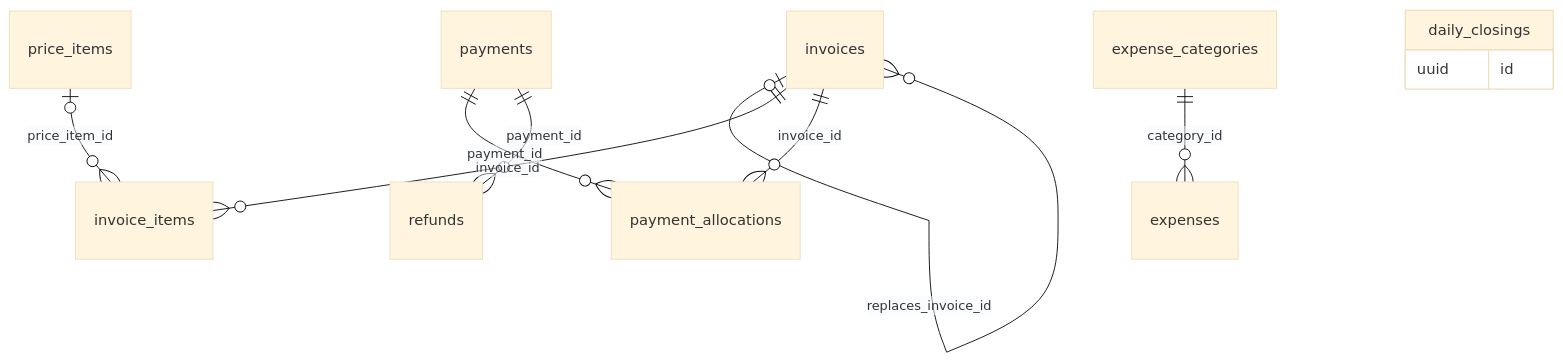
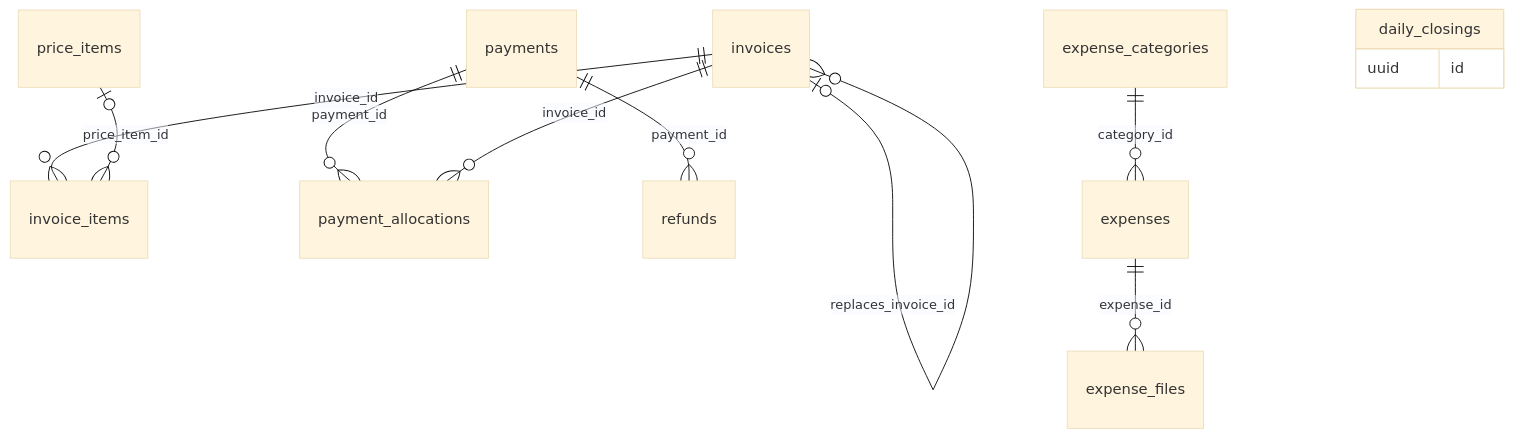
Before and after one commit to sakalyatechnologies/aarogyam: the ninth of 13 diagrams in docs/database.md, drawn with Mermaid (base theme). The commit also changed other lines of this file and 40 other files, not shown here.

````diff
--- a/docs/database.md
+++ b/docs/database.md
@@ -2406,13 +2406,14 @@
 ```mermaid
 erDiagram
   invoices |o--o{ invoices : "replaces_invoice_id"
   invoices ||--o{ invoice_items : "invoice_id"
   price_items |o--o{ invoice_items : "price_item_id"
   payments ||--o{ payment_allocations : "payment_id"
   invoices ||--o{ payment_allocations : "invoice_id"
   payments ||--o{ refunds : "payment_id"
   expense_categories ||--o{ expenses : "category_id"
+  expenses ||--o{ expense_files : "expense_id"
   daily_closings {
     uuid id
   }
 ```
````
